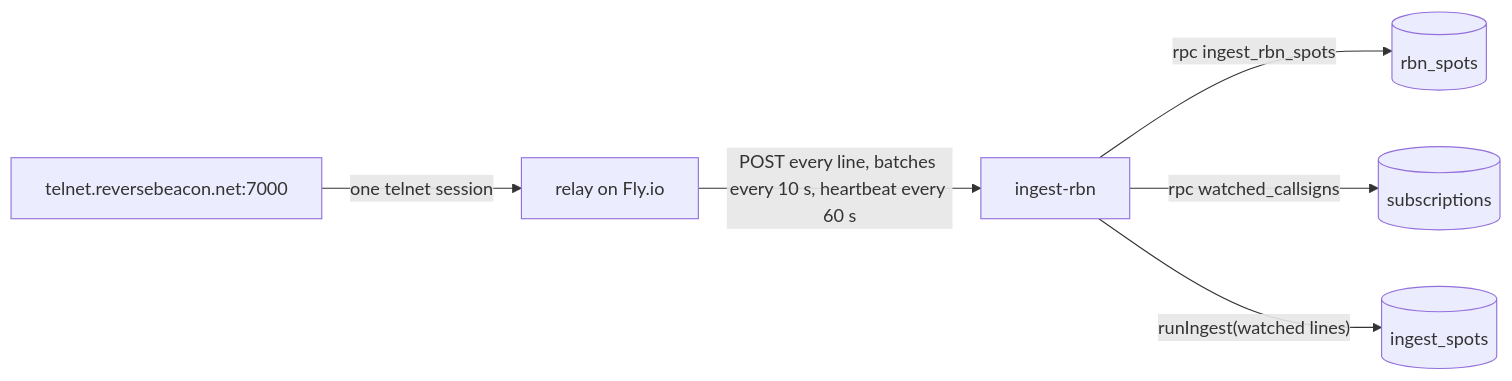
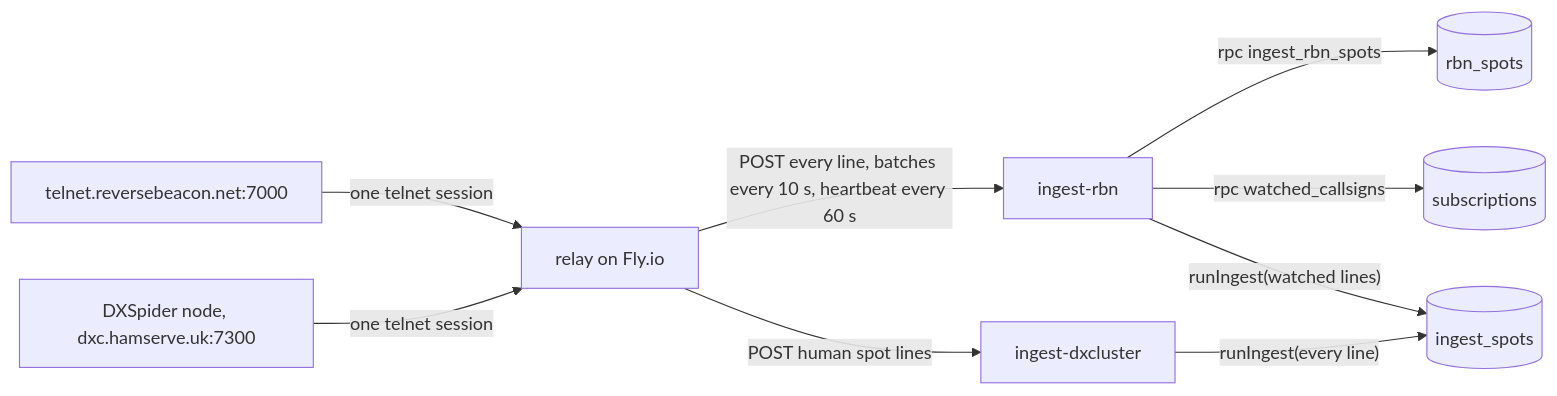
One commit to johnsonm/longlines changed the fifth of 6 diagrams in docs/ARCHITECTURE.md. Above: the diagram before and after it, drawn with Mermaid. The commit also changed other lines of this file and 35 other files, not shown here.

````diff
--- a/docs/ARCHITECTURE.md
+++ b/docs/ARCHITECTURE.md
@@ -340,8 +342,11 @@
 ```mermaid
 flowchart LR
   RBN[telnet.reversebeacon.net:7000] -- "one telnet session" --> R[relay on Fly.io]
+  DXC[DXSpider node, dxc.hamserve.uk:7300] -- "one telnet session" --> R
   R -- "POST every line, batches every 10 s, heartbeat every 60 s" --> F[ingest-rbn]
   F -- "rpc ingest_rbn_spots" --> RS[(rbn_spots)]
   F -- "rpc watched_callsigns" --> W[(subscriptions)]
   F -- "runIngest(watched lines)" --> RPC[(ingest_spots)]
+  R -- "POST human spot lines" --> FD[ingest-dxcluster]
+  FD -- "runIngest(every line)" --> RPC
 ```
````
